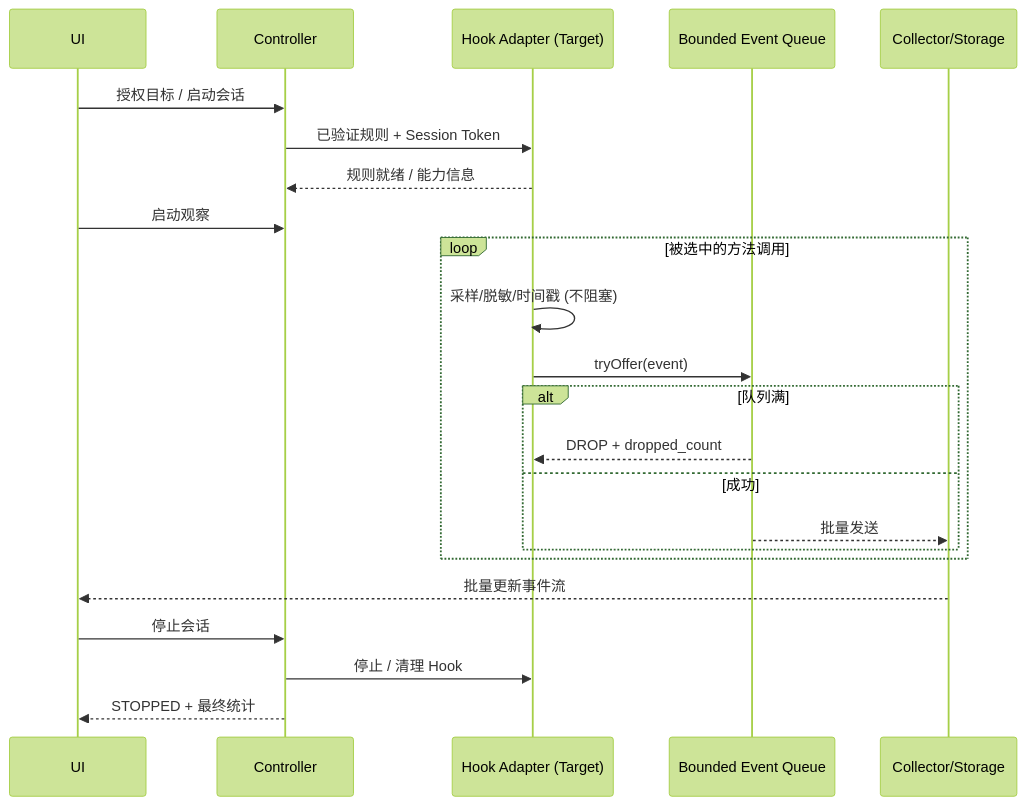
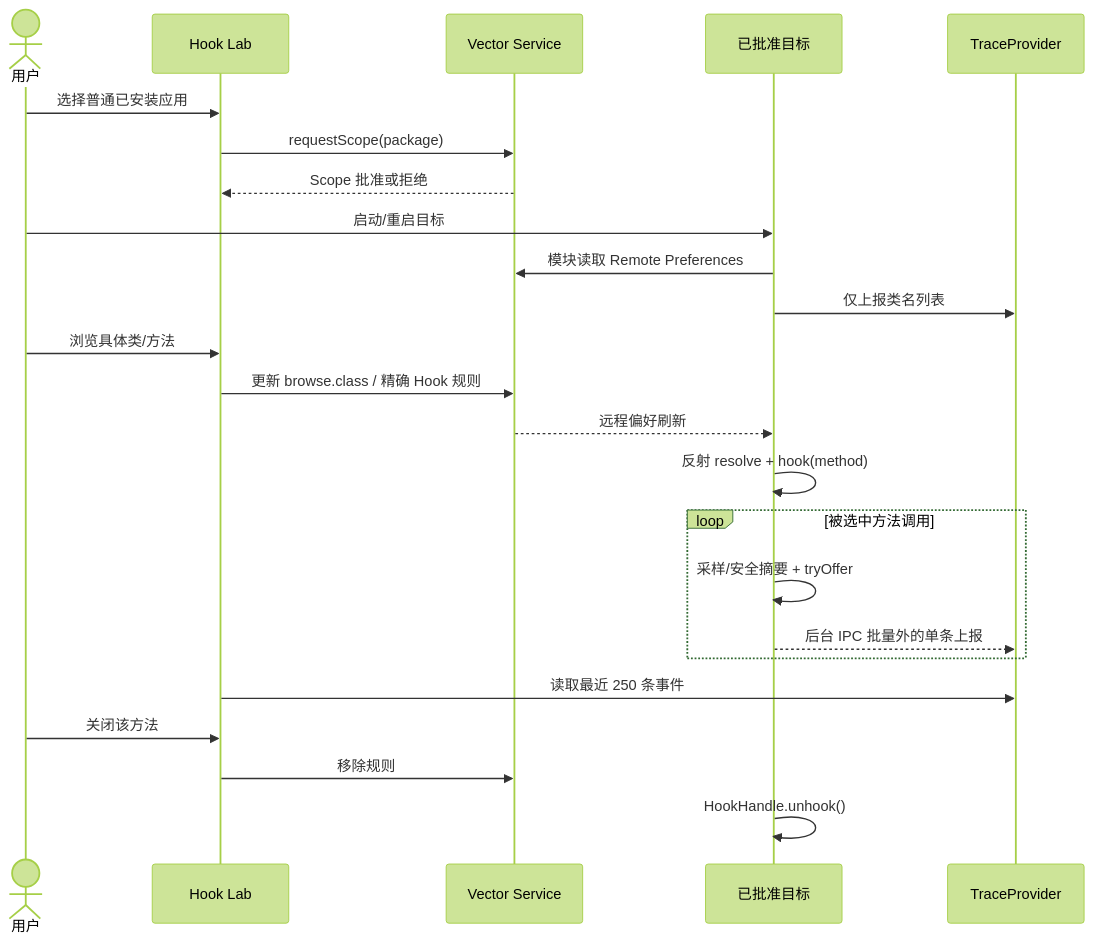
The second of 2 diagrams in design.md (smallfishworld/Android-Hook-Lab), drawn with Mermaid (forest theme) before and after one commit. The commit also changed other lines of this file, not shown here.

Commit message:
docs: replace demo/desktop requirements with mobile-only architecture

````diff
--- a/design.md
+++ b/design.md
@@ -251,25 +42,26 @@
 ```mermaid
 sequenceDiagram
-    participant U as UI
-    participant C as Controller
-    participant H as Hook Adapter (Target)
-    participant Q as Bounded Event Queue
-    participant S as Collector/Storage
-    U->>C: 授权目标 / 启动会话
-    C->>H: 已验证规则 + Session Token
-    H-->>C: 规则就绪 / 能力信息
-    U->>C: 启动观察
-    loop 被选中的方法调用
-        H->>H: 采样/脱敏/时间戳 (不阻塞)
-        H->>Q: tryOffer(event)
-        alt 队列满
-            Q-->>H: DROP + dropped_count
-        else 成功
-            Q-->>S: 批量发送
-        end
-    end
-    S-->>U: 批量更新事件流
-    U->>C: 停止会话
-    C->>H: 停止 / 清理 Hook
-    C-->>U: STOPPED + 最终统计
+  actor User as 用户
+  participant UI as Hook Lab
+  participant VF as Vector Service
+  participant App as 已批准目标
+  participant DB as TraceProvider
+  User->>UI: 选择普通已安装应用
+  UI->>VF: requestScope(package)
+  VF-->>UI: Scope 批准或拒绝
+  User->>App: 启动/重启目标
+  App->>VF: 模块读取 Remote Preferences
+  App->>DB: 仅上报类名列表
+  User->>UI: 浏览具体类/方法
+  UI->>VF: 更新 browse.class / 精确 Hook 规则
+  VF-->>App: 远程偏好刷新
+  App->>App: 反射 resolve + hook(method)
+  loop 被选中方法调用
+    App->>App: 采样/安全摘要 + tryOffer
+    App-->>DB: 后台 IPC 批量外的单条上报
+  end
+  UI->>DB: 读取最近 250 条事件
+  User->>UI: 关闭该方法
+  UI->>VF: 移除规则
+  App->>App: HookHandle.unhook()
 ```
````
